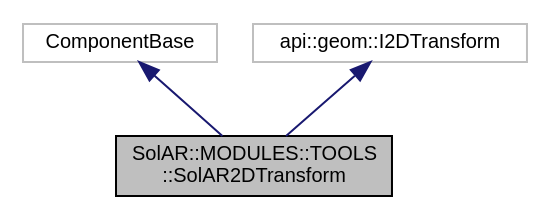
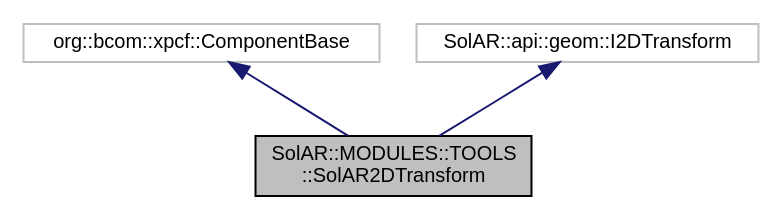
One commit to SolarFramework/solarframework.github.io changed the diagram in api_module_documentation/class_sol_a_r_1_1_m_o_d_u_l_e_s_1_1_t_o_o_l_s_1_1_sol_a_r2_d_transform__inherit__graph.dot. Above: the diagram before and after it, drawn with Graphviz. The commit also changed 784 other files, not shown here.

```diff
--- a/api_module_documentation/class_sol_a_r_1_1_m_o_d_u_l_e_s_1_1_t_o_o_l_s_1_1_sol_a_r2_d_transform__inherit__graph.dot
+++ b/api_module_documentation/class_sol_a_r_1_1_m_o_d_u_l_e_s_1_1_t_o_o_l_s_1_1_sol_a_r2_d_transform__inherit__graph.dot
@@ -1,10 +1,11 @@
 digraph "SolAR::MODULES::TOOLS::SolAR2DTransform"
 {
+ // LATEX_PDF_SIZE
   edge [fontname="Helvetica",fontsize="10",labelfontname="Helvetica",labelfontsize="10"];
   node [fontname="Helvetica",fontsize="10",shape=record];
-  Node0 [label="SolAR::MODULES::TOOLS\l::SolAR2DTransform",height=0.2,width=0.4,color="black", fillcolor="grey75", style="filled", fontcolor="black"];
-  Node1 -> Node0 [dir="back",color="midnightblue",fontsize="10",style="solid",fontname="Helvetica"];
-  Node1 [label="ComponentBase",height=0.2,width=0.4,color="grey75", fillcolor="white", style="filled"];
-  Node2 -> Node0 [dir="back",color="midnightblue",fontsize="10",style="solid",fontname="Helvetica"];
-  Node2 [label="api::geom::I2DTransform",height=0.2,width=0.4,color="grey75", fillcolor="white", style="filled"];
+  Node1 [label="SolAR::MODULES::TOOLS\l::SolAR2DTransform",height=0.2,width=0.4,color="black", fillcolor="grey75", style="filled", fontcolor="black",tooltip="Applies a 2D Transform to a set of 2D points. UUID: edcedc0a-9841-4377-aea1-9fa9fdb46fde"];
+  Node2 -> Node1 [dir="back",color="midnightblue",fontsize="10",style="solid",fontname="Helvetica"];
+  Node2 [label="org::bcom::xpcf::ComponentBase",height=0.2,width=0.4,color="grey75", fillcolor="white", style="filled",tooltip=" "];
+  Node3 -> Node1 [dir="back",color="midnightblue",fontsize="10",style="solid",fontname="Helvetica"];
+  Node3 [label="SolAR::api::geom::I2DTransform",height=0.2,width=0.4,color="grey75", fillcolor="white", style="filled",tooltip=" "];
 }
```
